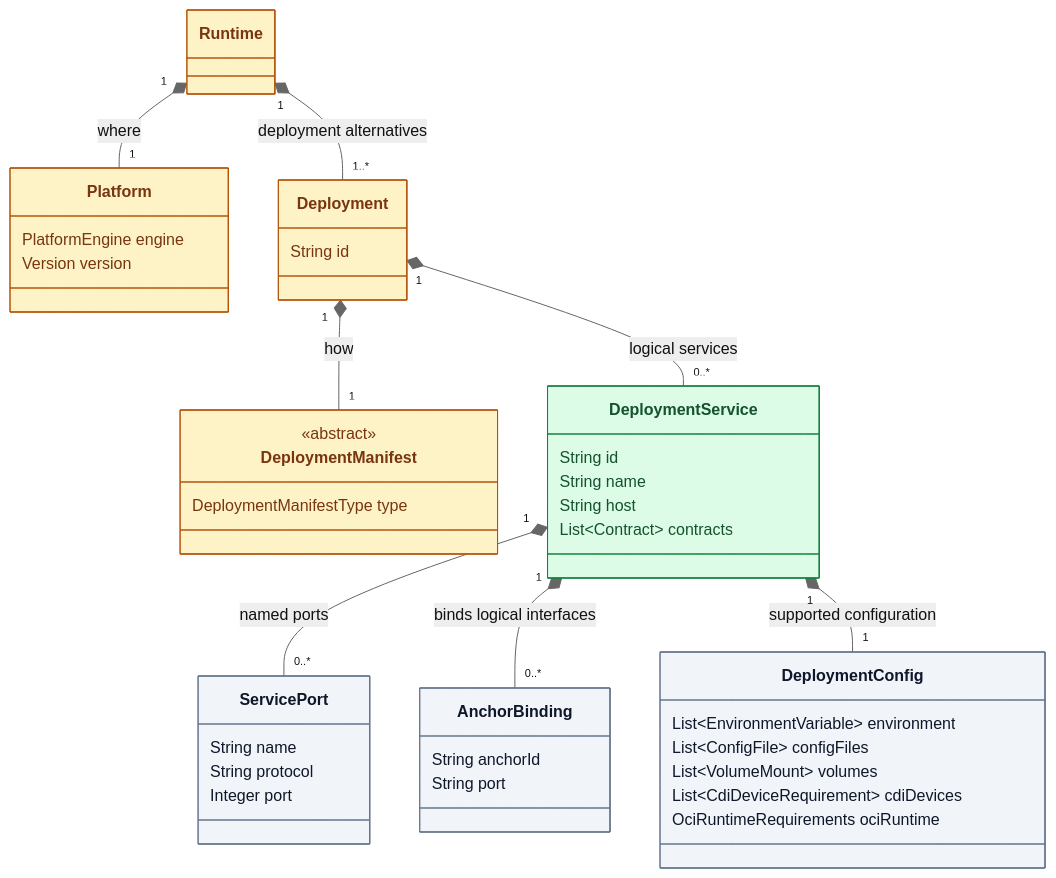
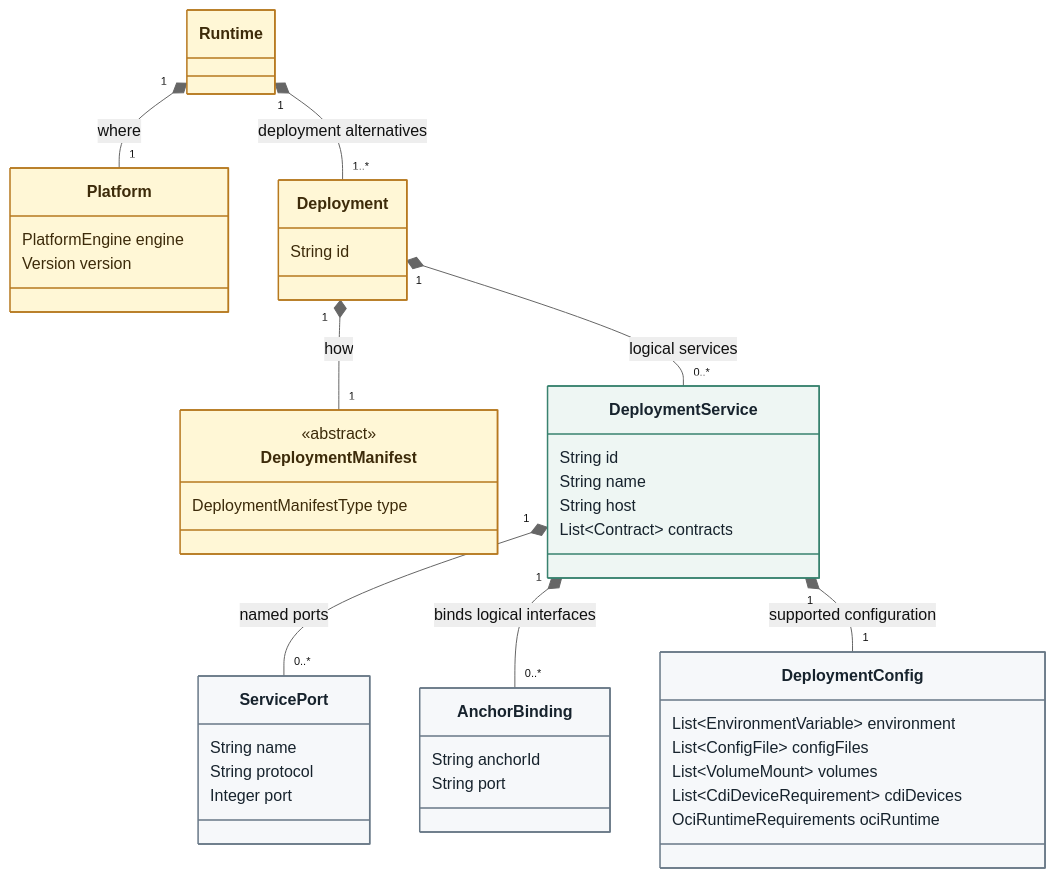
Before and after one commit to MARE-EU-Project/DOT-Docs: the diagram in DOT-Design/next/dot-design/_attachments/diagrams/domain-runtime.mmd, drawn with Mermaid (neutral theme). The commit also changed 43 other files, not shown here.

```diff
--- a/DOT-Design/next/dot-design/_attachments/diagrams/domain-runtime.mmd
+++ b/DOT-Design/next/dot-design/_attachments/diagrams/domain-runtime.mmd
@@ -1,56 +1,56 @@
 classDiagram
   direction TB
   accTitle: Runtime choices and service-scoped deployment configuration
   accDescr: A DOT offers Runtime alternatives. Each Runtime targets one Platform and offers Deployments. A Deployment has one polymorphic manifest and logical services with ports, Anchor bindings, and their own configuration requirements.
 
   class Runtime
   class Platform {
     PlatformEngine engine
     Version version
   }
   class Deployment {
     String id
   }
   class DeploymentManifest {
     <<abstract>>
     DeploymentManifestType type
   }
   class DeploymentService {
     String id
     String name
     String host
     List~Contract~ contracts
   }
   class ServicePort {
     String name
     String protocol
     Integer port
   }
   class AnchorBinding {
     String anchorId
     String port
   }
   class DeploymentConfig {
     List~EnvironmentVariable~ environment
     List~ConfigFile~ configFiles
     List~VolumeMount~ volumes
     List~CdiDeviceRequirement~ cdiDevices
     OciRuntimeRequirements ociRuntime
   }
 
   Runtime "1" *-- "1" Platform : where
   Runtime "1" *-- "1..*" Deployment : deployment alternatives
   Deployment "1" *-- "1" DeploymentManifest : how
   Deployment "1" *-- "0..*" DeploymentService : logical services
   DeploymentService "1" *-- "0..*" ServicePort : named ports
   DeploymentService "1" *-- "0..*" AnchorBinding : binds logical interfaces
   DeploymentService "1" *-- "1" DeploymentConfig : supported configuration
 
-  style Runtime fill:#fef3c7,stroke:#b45309,color:#78350f
-  style Platform fill:#fef3c7,stroke:#b45309,color:#78350f
-  style Deployment fill:#fef3c7,stroke:#b45309,color:#78350f
-  style DeploymentManifest fill:#fef3c7,stroke:#b45309,color:#78350f
-  style DeploymentService fill:#dcfce7,stroke:#15803d,color:#14532d
-  style ServicePort fill:#f1f5f9,stroke:#64748b,color:#0f172a
-  style AnchorBinding fill:#f1f5f9,stroke:#64748b,color:#0f172a
-  style DeploymentConfig fill:#f1f5f9,stroke:#64748b,color:#0f172a
+  style Runtime fill:#fff7d6,stroke:#b7791f,color:#3d2b0a,stroke-width:1.5px
+  style Platform fill:#fff7d6,stroke:#b7791f,color:#3d2b0a,stroke-width:1.5px
+  style Deployment fill:#fff7d6,stroke:#b7791f,color:#3d2b0a,stroke-width:1.5px
+  style DeploymentManifest fill:#fff7d6,stroke:#b7791f,color:#3d2b0a,stroke-width:1.5px
+  style DeploymentService fill:#eef6f3,stroke:#39826f,color:#17232d,stroke-width:1.5px
+  style ServicePort fill:#f6f8fa,stroke:#687887,color:#17232d,stroke-width:1.5px
+  style AnchorBinding fill:#f6f8fa,stroke:#687887,color:#17232d,stroke-width:1.5px
+  style DeploymentConfig fill:#f6f8fa,stroke:#687887,color:#17232d,stroke-width:1.5px
```
